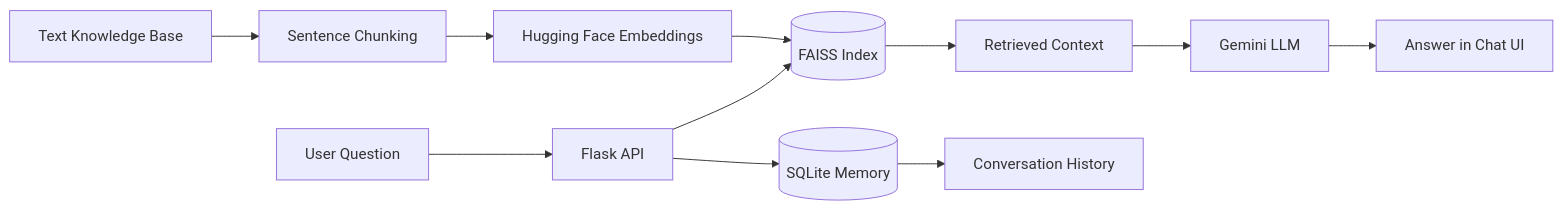
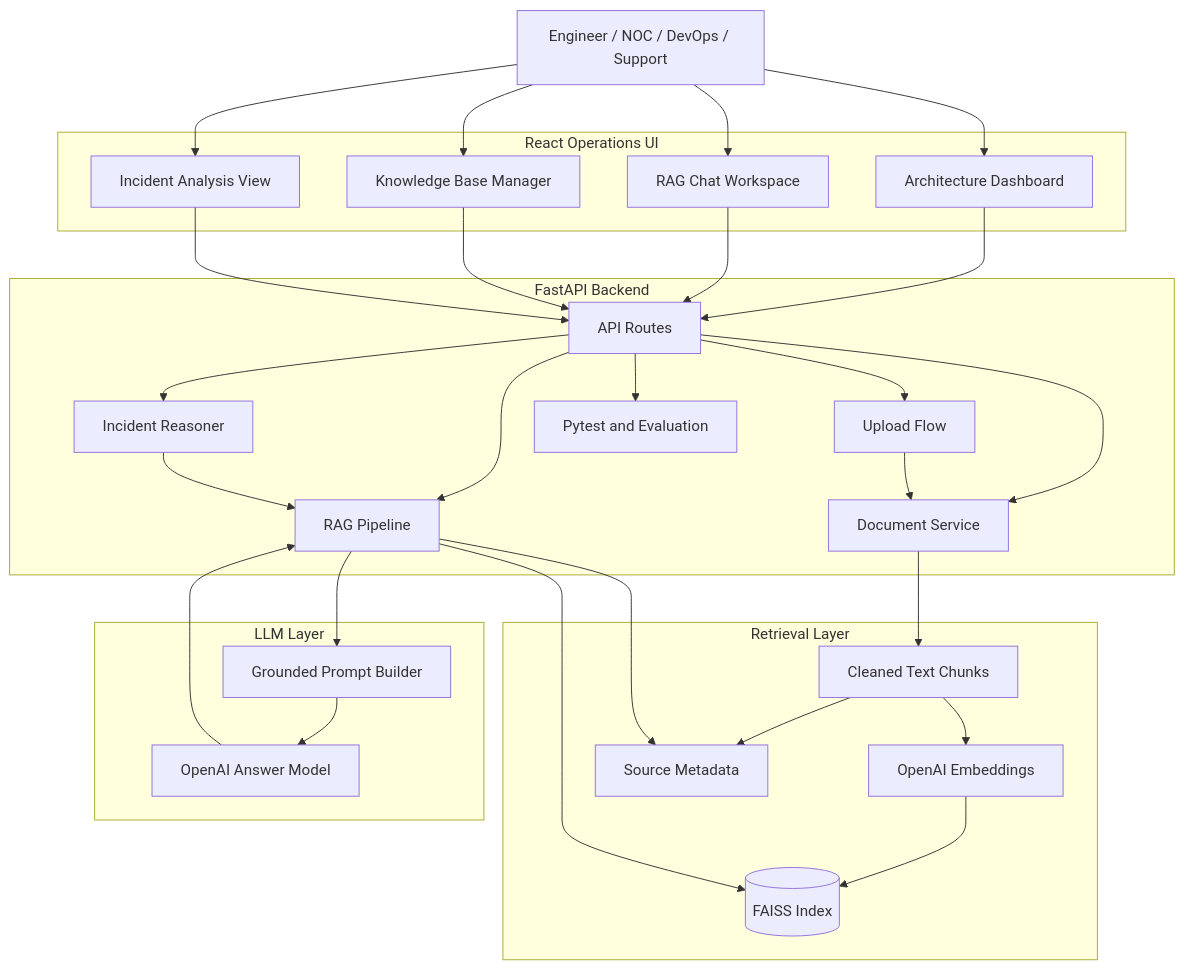
Before and after one commit to reem-mor/ai-engineering-portfolio: the first of 3 diagrams in README.md, drawn with Mermaid. The commit also changed other lines of this file, not shown here.

````diff
--- a/README.md
+++ b/README.md
@@ -137,13 +72,61 @@
 ```mermaid
-flowchart LR
-  Docs[Text Knowledge Base] --> Chunk[Sentence Chunking]
-  Chunk --> Embed[Hugging Face Embeddings]
-  Embed --> FAISS[(FAISS Index)]
-  User[User Question] --> Flask[Flask API]
-  Flask --> FAISS
-  FAISS --> Context[Retrieved Context]
-  Context --> Gemini[Gemini LLM]
-  Gemini --> Answer[Answer in Chat UI]
-  Flask --> SQLite[(SQLite Memory)]
-  SQLite --> History[Conversation History]
+flowchart TB
+  User[Engineer / NOC / DevOps / Support]
+
+  subgraph Frontend[React Operations UI]
+    Dashboard[Architecture Dashboard]
+    Chat[RAG Chat Workspace]
+    KB[Knowledge Base Manager]
+    Incident[Incident Analysis View]
+  end
+
+  subgraph Backend[FastAPI Backend]
+    API[API Routes]
+    Upload[Upload Flow]
+    Docs[Document Service]
+    RAG[RAG Pipeline]
+    Reasoner[Incident Reasoner]
+    Tests[Pytest and Evaluation]
+  end
+
+  subgraph Retrieval[Retrieval Layer]
+    Chunks[Cleaned Text Chunks]
+    Embeddings[OpenAI Embeddings]
+    FAISS[(FAISS Index)]
+    Sources[Source Metadata]
+  end
+
+  subgraph LLM[LLM Layer]
+    Prompt[Grounded Prompt Builder]
+    OpenAI[OpenAI Answer Model]
+  end
+
+  User --> Dashboard
+  User --> Chat
+  User --> KB
+  User --> Incident
+
+  Dashboard --> API
+  Chat --> API
+  KB --> API
+  Incident --> API
+
+  API --> Upload
+  API --> Docs
+  API --> RAG
+  API --> Reasoner
+  API --> Tests
+
+  Upload --> Docs
+  Docs --> Chunks
+  Chunks --> Embeddings
+  Embeddings --> FAISS
+  Chunks --> Sources
+
+  RAG --> FAISS
+  RAG --> Sources
+  RAG --> Prompt
+  Prompt --> OpenAI
+  OpenAI --> RAG
+  Reasoner --> RAG
 ```
````
